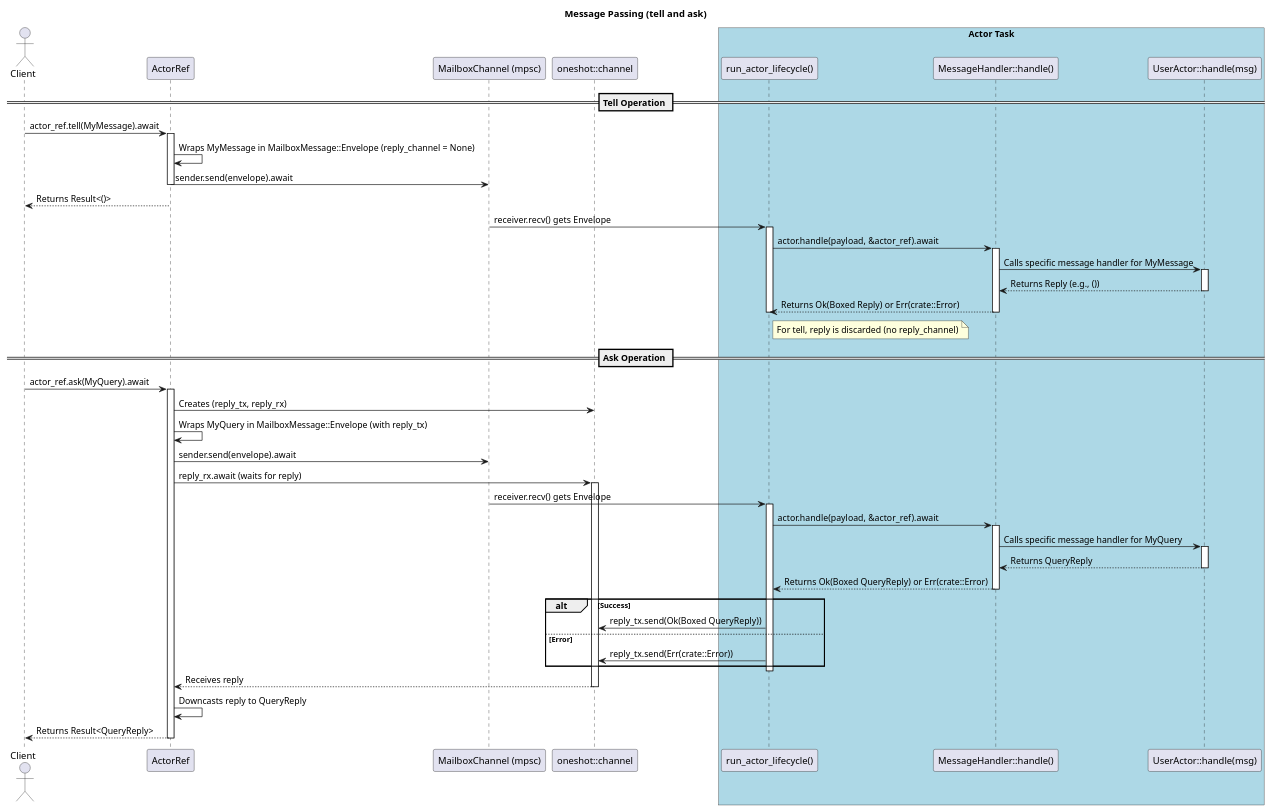
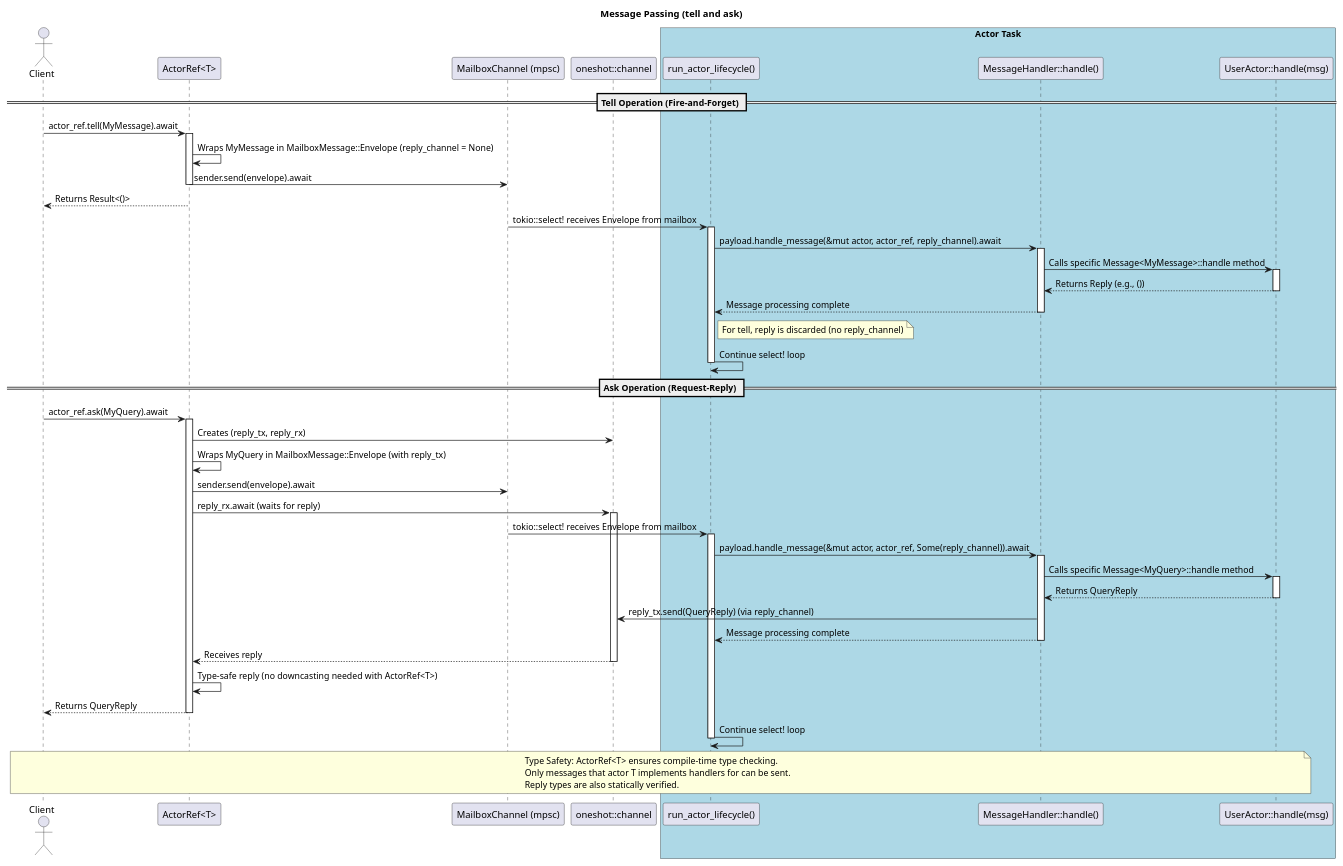
Before and after one commit to hiking90/rsactor: the diagram in docs/message_passing.puml, drawn with PlantUML. The commit also changed 27 other files, not shown here.

First line of the commit message:
Add comprehensive documentation and diagrams for rsActor framework

```diff
--- a/docs/message_passing.puml
+++ b/docs/message_passing.puml
@@ -1,71 +1,75 @@
 @startuml Message Passing
 title Message Passing (tell and ask)
 
 actor Client
-participant "ActorRef" as ActorRef_obj
+participant "ActorRef<T>" as ActorRef_obj
 participant "MailboxChannel (mpsc)" as MailboxChannel
 participant "run_actor_lifecycle()" as Runtime_obj
 participant "MessageHandler::handle()" as DynMsgHandler
 participant "UserActor::handle(msg)" as UserHandler
 participant "oneshot::channel" as OneshotChannel
 
 box "Actor Task" #LightBlue
     participant Runtime_obj
     participant DynMsgHandler
     participant UserHandler
 end box
 
-== Tell Operation ==
+== Tell Operation (Fire-and-Forget) ==
 Client -> ActorRef_obj: actor_ref.tell(MyMessage).await
 activate ActorRef_obj
 ActorRef_obj -> ActorRef_obj: Wraps MyMessage in MailboxMessage::Envelope (reply_channel = None)
 ActorRef_obj -> MailboxChannel: sender.send(envelope).await
 deactivate ActorRef_obj
 Client <-- ActorRef_obj: Returns Result<()>
 
-MailboxChannel -> Runtime_obj: receiver.recv() gets Envelope
+MailboxChannel -> Runtime_obj: tokio::select! receives Envelope from mailbox
 activate Runtime_obj
-Runtime_obj -> DynMsgHandler: actor.handle(payload, &actor_ref).await
+Runtime_obj -> DynMsgHandler: payload.handle_message(&mut actor, actor_ref, reply_channel).await
 activate DynMsgHandler
-DynMsgHandler -> UserHandler: Calls specific message handler for MyMessage
+DynMsgHandler -> UserHandler: Calls specific Message<MyMessage>::handle method
 activate UserHandler
 UserHandler --> DynMsgHandler: Returns Reply (e.g., ())
 deactivate UserHandler
-DynMsgHandler --> Runtime_obj: Returns Ok(Boxed Reply) or Err(crate::Error)
+DynMsgHandler --> Runtime_obj: Message processing complete
 deactivate DynMsgHandler
 note right of Runtime_obj: For tell, reply is discarded (no reply_channel)
+Runtime_obj -> Runtime_obj: Continue select! loop
 deactivate Runtime_obj
 
-== Ask Operation ==
+== Ask Operation (Request-Reply) ==
 Client -> ActorRef_obj: actor_ref.ask(MyQuery).await
 activate ActorRef_obj
 ActorRef_obj -> OneshotChannel: Creates (reply_tx, reply_rx)
 ActorRef_obj -> ActorRef_obj: Wraps MyQuery in MailboxMessage::Envelope (with reply_tx)
 ActorRef_obj -> MailboxChannel: sender.send(envelope).await
 ActorRef_obj -> OneshotChannel: reply_rx.await (waits for reply)
 activate OneshotChannel
 
-MailboxChannel -> Runtime_obj: receiver.recv() gets Envelope
+MailboxChannel -> Runtime_obj: tokio::select! receives Envelope from mailbox
 activate Runtime_obj
-Runtime_obj -> DynMsgHandler: actor.handle(payload, &actor_ref).await
+Runtime_obj -> DynMsgHandler: payload.handle_message(&mut actor, actor_ref, Some(reply_channel)).await
 activate DynMsgHandler
-DynMsgHandler -> UserHandler: Calls specific message handler for MyQuery
+DynMsgHandler -> UserHandler: Calls specific Message<MyQuery>::handle method
 activate UserHandler
 UserHandler --> DynMsgHandler: Returns QueryReply
 deactivate UserHandler
-DynMsgHandler --> Runtime_obj: Returns Ok(Boxed QueryReply) or Err(crate::Error)
+DynMsgHandler -> OneshotChannel: reply_tx.send(QueryReply) (via reply_channel)
+DynMsgHandler --> Runtime_obj: Message processing complete
 deactivate DynMsgHandler
 
-alt Success
-  Runtime_obj -> OneshotChannel: reply_tx.send(Ok(Boxed QueryReply))
-else Error
-  Runtime_obj -> OneshotChannel: reply_tx.send(Err(crate::Error))
-end
-deactivate Runtime_obj
 OneshotChannel --> ActorRef_obj: Receives reply
 deactivate OneshotChannel
-ActorRef_obj -> ActorRef_obj: Downcasts reply to QueryReply
-ActorRef_obj --> Client: Returns Result<QueryReply>
+ActorRef_obj -> ActorRef_obj: Type-safe reply (no downcasting needed with ActorRef<T>)
+ActorRef_obj --> Client: Returns QueryReply
 deactivate ActorRef_obj
+Runtime_obj -> Runtime_obj: Continue select! loop
+deactivate Runtime_obj
+
+note over Client, UserHandler
+  Type Safety: ActorRef<T> ensures compile-time type checking.
+  Only messages that actor T implements handlers for can be sent.
+  Reply types are also statically verified.
+end note
 
 @enduml
```
